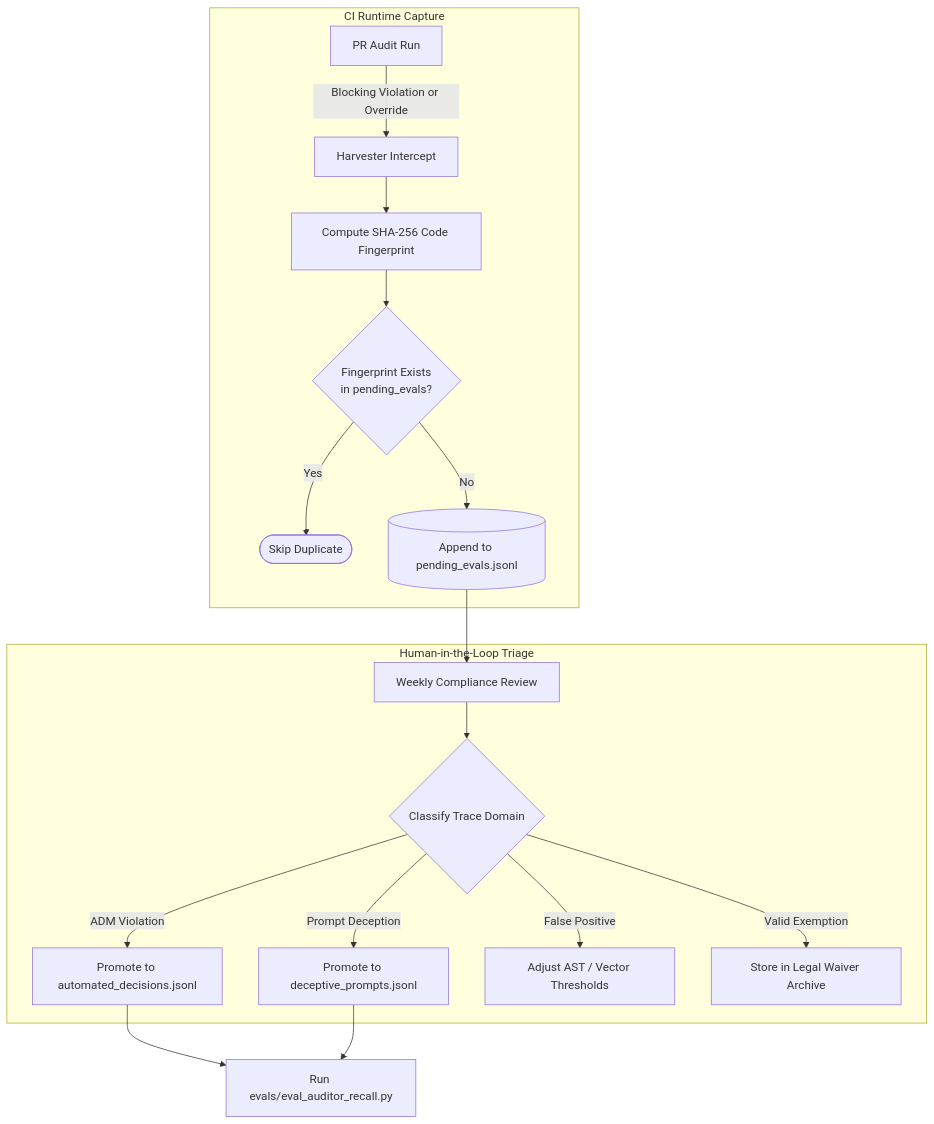
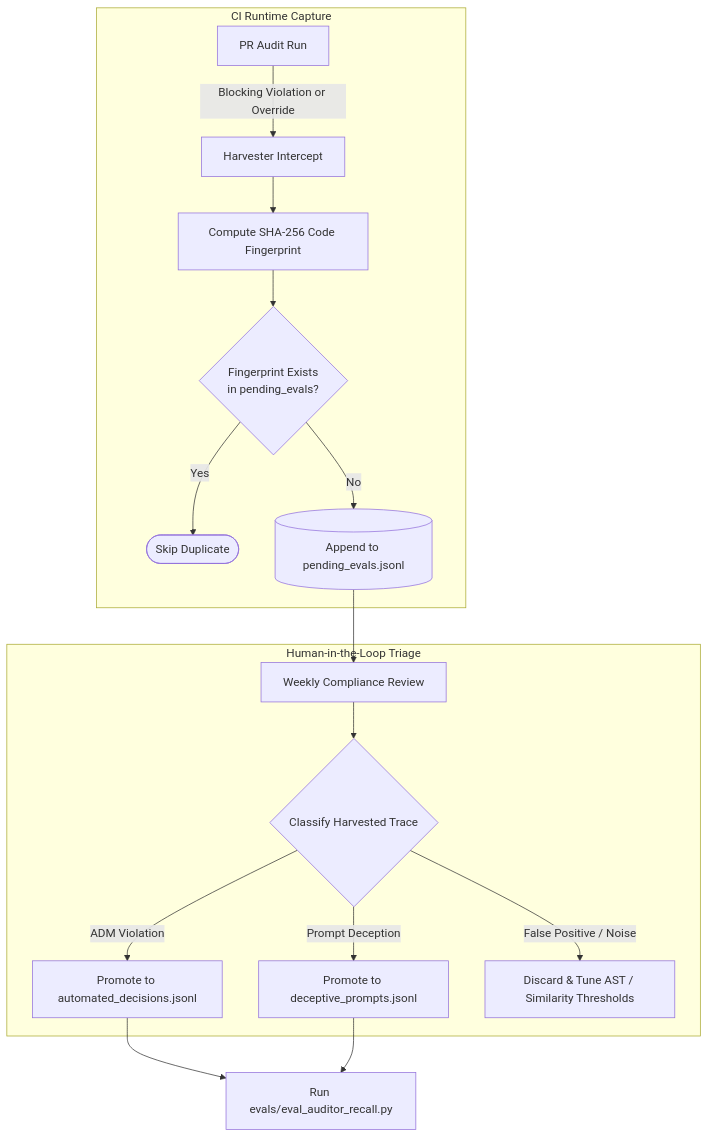
The second of 2 diagrams in docs/EVALS_AND_HARVESTING.md (laxmitesting/ai-safety), drawn with Mermaid before and after one commit. The commit also changed other lines of this file and 6 other files, not shown here.

````diff
--- a/docs/EVALS_AND_HARVESTING.md
+++ b/docs/EVALS_AND_HARVESTING.md
@@ -72,22 +72,21 @@
 ```mermaid
 flowchart TD
     subgraph CI Runtime Capture
         PR[PR Audit Run] -->|Blocking Violation or Override| TR[Harvester Intercept]
         TR --> HASH[Compute SHA-256 Code Fingerprint]
         HASH --> DEDUP{Fingerprint Exists<br/>in pending_evals?}
         DEDUP -->|Yes| NOOP([Skip Duplicate])
         DEDUP -->|No| APPEND[(Append to pending_evals.jsonl)]
     end
 
     subgraph Human-in-the-Loop Triage
         APPEND --> REVIEW[Weekly Compliance Review]
-        REVIEW --> DISP{Classify Trace Domain}
+        REVIEW --> DISP{Classify Harvested Trace}
         DISP -->|ADM Violation| ADM[Promote to automated_decisions.jsonl]
         DISP -->|Prompt Deception| DEC[Promote to deceptive_prompts.jsonl]
-        DISP -->|False Positive| TUNE[Adjust AST / Vector Thresholds]
-        DISP -->|Valid Exemption| ARCHIVE[Store in Legal Waiver Archive]
+        DISP -->|False Positive / Noise| TUNE[Discard & Tune AST / Similarity Thresholds]
     end
 
     ADM --> REVAL[Run evals/eval_auditor_recall.py]
     DEC --> REVAL
 ```
````
